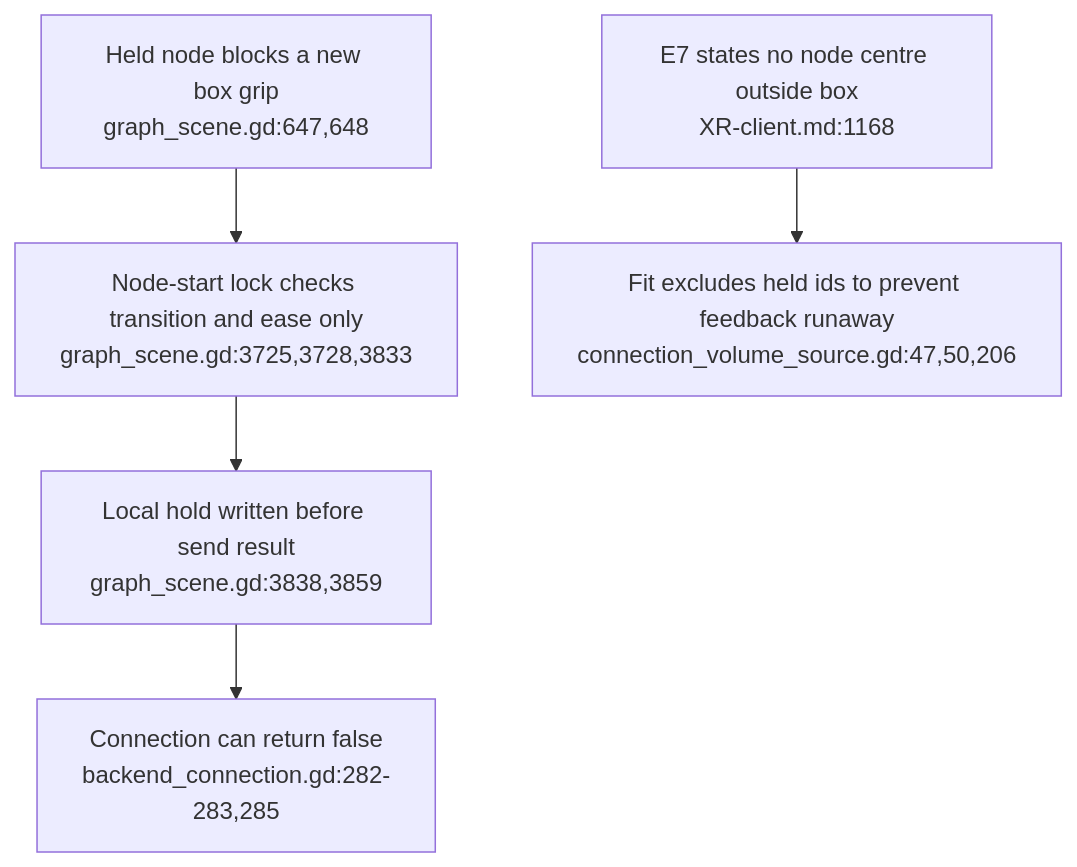
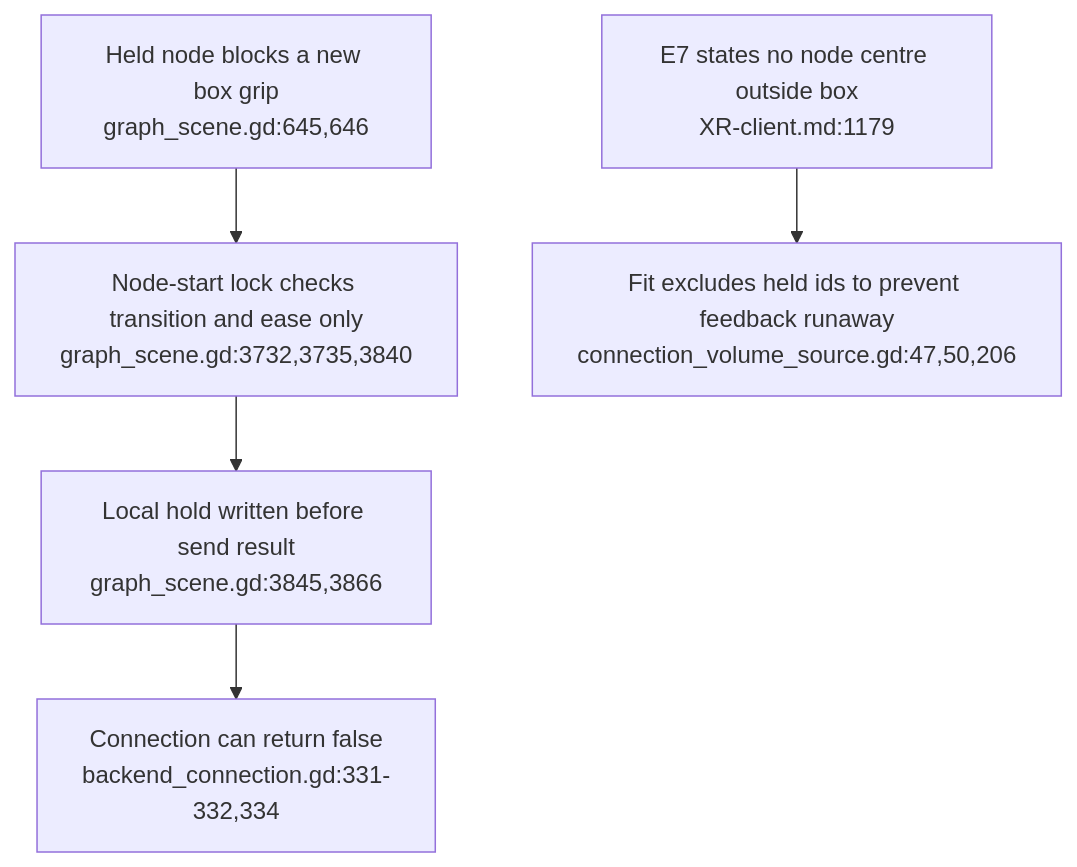
The fifth of 6 diagrams in docs/diagrams/visionclaw/53-xr-grab-lifetimes-and-input.md (DreamLab-AI/VisionFlow), drawn with Mermaid before and after one commit. The commit also changed other lines of this file and 24 other files, not shown here.

Commit message:
docs: align XR liveness, filtering and rendering diagrams (#33)

````diff
--- a/docs/diagrams/visionclaw/53-xr-grab-lifetimes-and-input.md
+++ b/docs/diagrams/visionclaw/53-xr-grab-lifetimes-and-input.md
@@ -79,7 +80,7 @@
 ```mermaid
 flowchart TD
-    HELD["Held node blocks a new box grip<br/>graph_scene.gd:647,648"] --> REVERSE["Node-start lock checks transition and ease only<br/>graph_scene.gd:3725,3728,3833"]
-    REVERSE --> LOCAL["Local hold written before send result<br/>graph_scene.gd:3838,3859"]
-    LOCAL --> SEND["Connection can return false<br/>backend_connection.gd:282-283,285"]
-    E7["E7 states no node centre outside box<br/>XR-client.md:1168"] --> EXCLUDE["Fit excludes held ids to prevent feedback runaway<br/>connection_volume_source.gd:47,50,206"]
+    HELD["Held node blocks a new box grip<br/>graph_scene.gd:645,646"] --> REVERSE["Node-start lock checks transition and ease only<br/>graph_scene.gd:3732,3735,3840"]
+    REVERSE --> LOCAL["Local hold written before send result<br/>graph_scene.gd:3845,3866"]
+    LOCAL --> SEND["Connection can return false<br/>backend_connection.gd:331-332,334"]
+    E7["E7 states no node centre outside box<br/>XR-client.md:1179"] --> EXCLUDE["Fit excludes held ids to prevent feedback runaway<br/>connection_volume_source.gd:47,50,206"]
 ```
````
